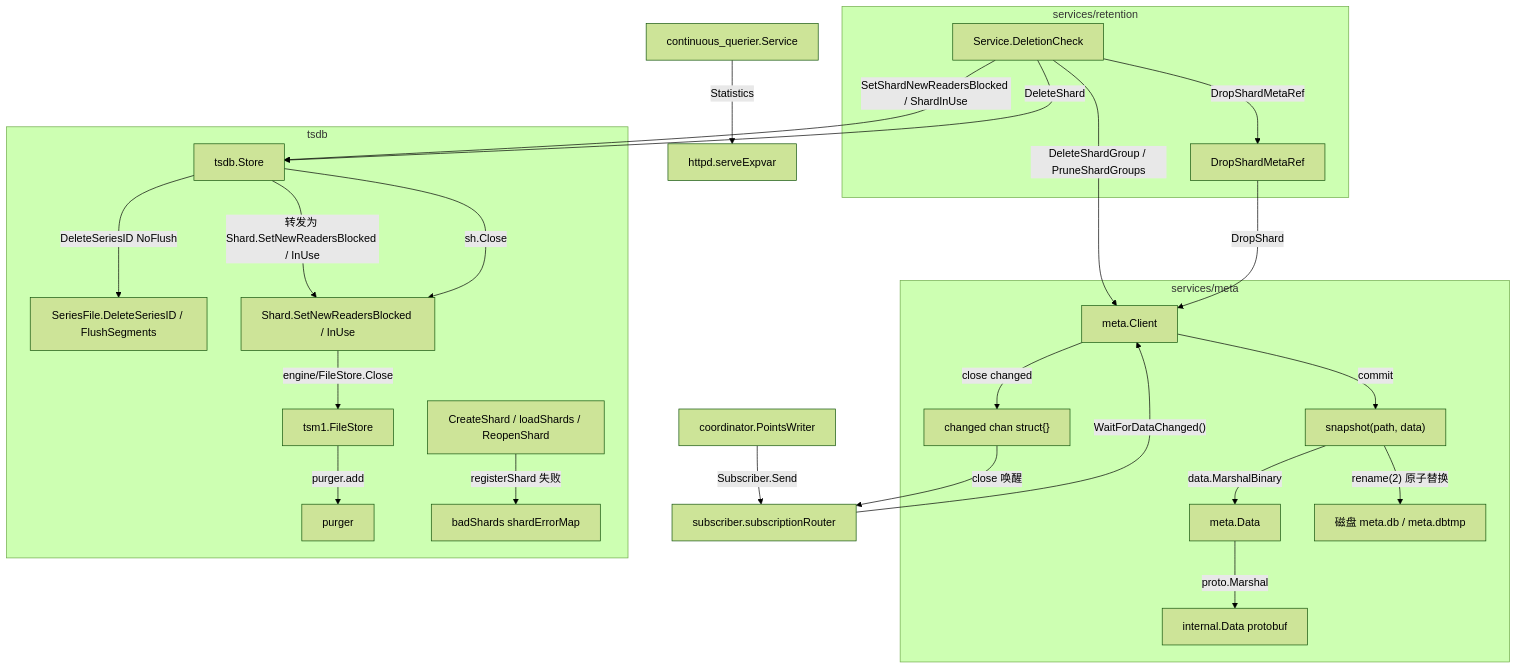
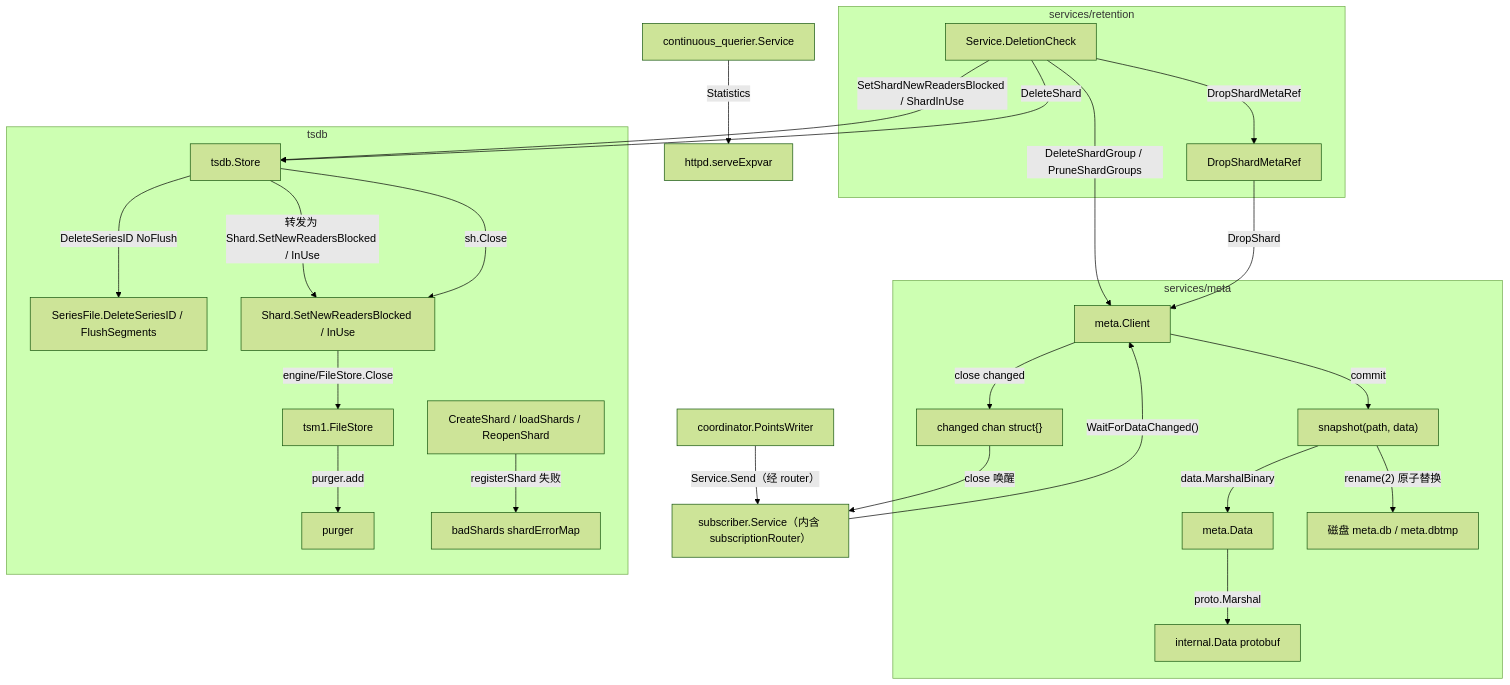
The first of 2 diagrams in docs/specs/v1.8.10-vs-v1.12.3/05_meta_background_diff.md (stefanv5/influxdb), drawn with Mermaid (forest theme) before and after one commit. The commit also changed other lines of this file and 18 other files, not shown here.

````diff
--- a/docs/specs/v1.8.10-vs-v1.12.3/05_meta_background_diff.md
+++ b/docs/specs/v1.8.10-vs-v1.12.3/05_meta_background_diff.md
@@ -45,49 +45,49 @@
 ```mermaid
 flowchart TB
     subgraph META["services/meta"]
         MC["meta.Client"]
         MD["meta.Data"]
         SNAP["snapshot(path, data)"]
         PB["internal.Data protobuf"]
         DISK["磁盘 meta.db / meta.dbtmp"]
         CH["changed chan struct{}"]
     end
     subgraph RET["services/retention"]
         DC["Service.DeletionCheck"]
         DSM["DropShardMetaRef"]
     end
     subgraph TSDB["tsdb"]
         ST["tsdb.Store"]
         CS["CreateShard / loadShards / ReopenShard"]
         SF["SeriesFile.DeleteSeriesID / FlushSegments"]
         SH["Shard.SetNewReadersBlocked / InUse"]
         FS["tsm1.FileStore"]
         PG["purger"]
         BS["badShards shardErrorMap"]
     end
-    SUB["subscriber.subscriptionRouter"]
+    SUB["subscriber.Service（内含 subscriptionRouter）"]
     WR["coordinator.PointsWriter"]
     CQ["continuous_querier.Service"]
     HW["httpd.serveExpvar"]
 
     MC -->|"commit"| SNAP
     SNAP -->|"data.MarshalBinary"| MD
     MD -->|"proto.Marshal"| PB
     SNAP -->|"rename(2) 原子替换"| DISK
     MC -->|"close changed"| CH
     SUB -->|"WaitForDataChanged()"| MC
     CH -->|"close 唤醒"| SUB
     DC -->|"DeleteShardGroup / PruneShardGroups"| MC
     DC -->|"SetShardNewReadersBlocked / ShardInUse"| ST
     ST -->|"转发为 Shard.SetNewReadersBlocked / InUse"| SH
     DC -->|"DeleteShard"| ST
     DC -->|"DropShardMetaRef"| DSM
     DSM -->|"DropShard"| MC
     ST -->|"DeleteSeriesID NoFlush"| SF
     ST -->|"sh.Close"| SH
     SH -->|"engine/FileStore.Close"| FS
     FS -->|"purger.add"| PG
     CS -->|"registerShard 失败"| BS
-    WR -->|"Subscriber.Send"| SUB
+    WR -->|"Service.Send（经 router）"| SUB
     CQ -->|"Statistics"| HW
 ```
````
